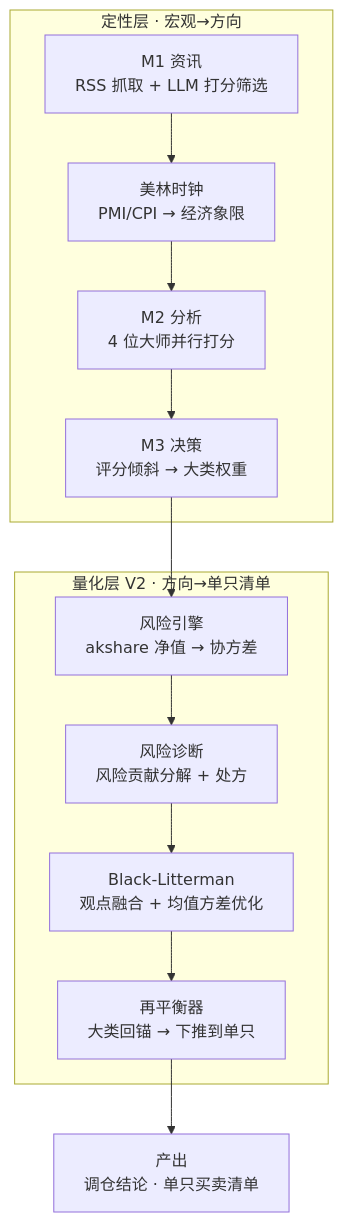
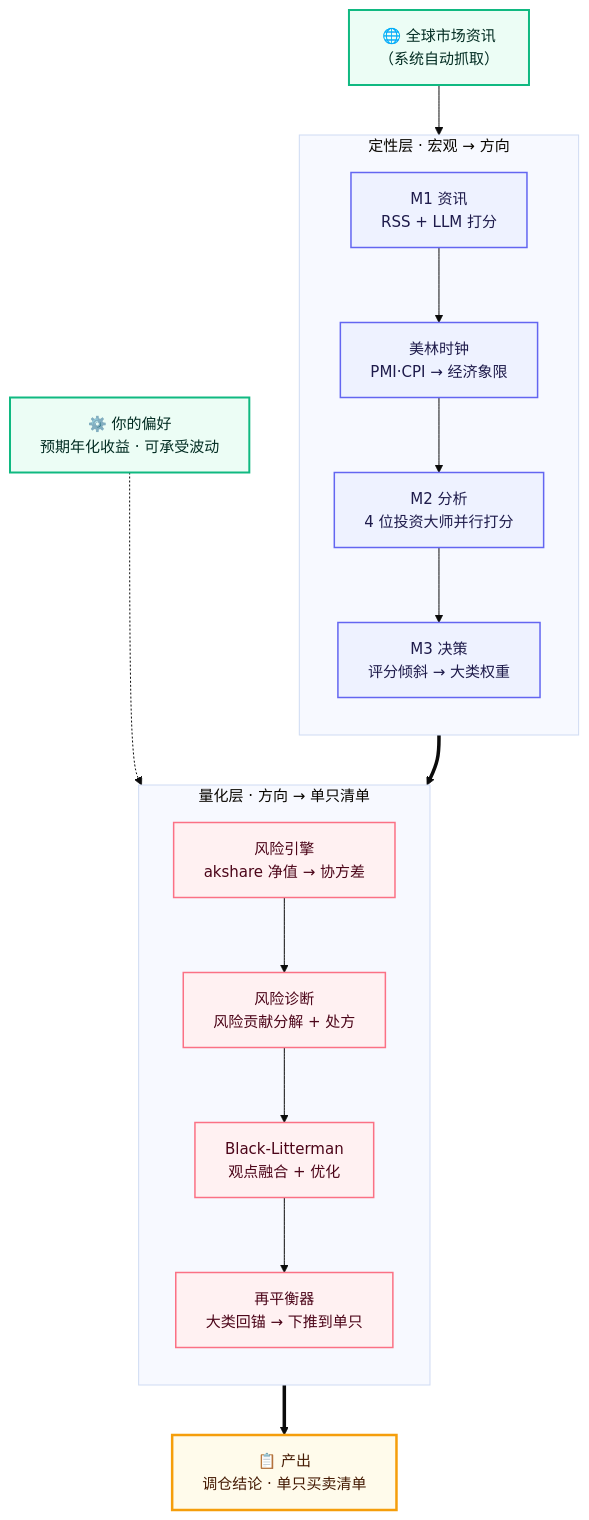
Before and after one commit to Lankelel/macro-allocation: the diagram in README.md, drawn with Mermaid. The commit also changed other lines of this file and 35 other files, not shown here.

````diff
--- a/README.md
+++ b/README.md
@@ -32,15 +32,29 @@
 ```mermaid
+%%{init: {'theme':'base', 'themeVariables': {'fontSize':'15px'}}}%%
 flowchart TD
-    subgraph 定性层["定性层 · 宏观→方向"]
-        M1["M1 资讯<br/>RSS 抓取 + LLM 打分筛选"] --> CLOCK["美林时钟<br/>PMI/CPI → 经济象限"]
-        CLOCK --> M2["M2 分析<br/>4 位大师并行打分"]
-        M2 --> M3["M3 决策<br/>评分倾斜 → 大类权重"]
+    classDef io fill:#ecfdf5,stroke:#10b981,stroke-width:2px,color:#022c22;
+    classDef qual fill:#eef2ff,stroke:#6366f1,stroke-width:1.5px,color:#1e1b4b;
+    classDef quant fill:#fff1f2,stroke:#fb7185,stroke-width:1.5px,color:#4c0519;
+    classDef core fill:#fffbeb,stroke:#f59e0b,stroke-width:2.5px,color:#451a03;
+
+    PREF["⚙️ 你的偏好<br/>预期年化收益 · 可承受波动"]:::io
+    NEWS["🌐 全球市场资讯<br/>（系统自动抓取）"]:::io
+
+    subgraph QUAL["定性层 · 宏观 → 方向"]
+        direction TB
+        M1["M1 资讯<br/>RSS + LLM 打分"] --> CLK["美林时钟<br/>PMI·CPI → 经济象限"] --> M2["M2 分析<br/>4 位投资大师并行打分"] --> M3["M3 决策<br/>评分倾斜 → 大类权重"]
     end
-    subgraph 量化层["量化层 V2 · 方向→单只清单"]
-        RISK["风险引擎<br/>akshare 净值 → 协方差"] --> DIAG["风险诊断<br/>风险贡献分解 + 处方"]
-        DIAG --> BL["Black-Litterman<br/>观点融合 + 均值方差优化"]
-        BL --> REBAL["再平衡器<br/>大类回锚 → 下推到单只"]
+    subgraph QUANT["量化层 · 方向 → 单只清单"]
+        direction TB
+        RISK["风险引擎<br/>akshare 净值 → 协方差"] --> DIAG["风险诊断<br/>风险贡献分解 + 处方"] --> BL["Black-Litterman<br/>观点融合 + 优化"] --> REB["再平衡器<br/>大类回锚 → 下推到单只"]
     end
-    M3 --> RISK
-    REBAL --> OUT["产出<br/>调仓结论 · 单只买卖清单"]
+    OUT["📋 产出<br/>调仓结论 · 单只买卖清单"]:::core
+
+    NEWS --> M1
+    PREF -.-> RISK
+    M3 ==> RISK
+    REB ==> OUT
+
+    class M1,CLK,M2,M3 qual
+    class RISK,DIAG,BL,REB quant
 ```
````
